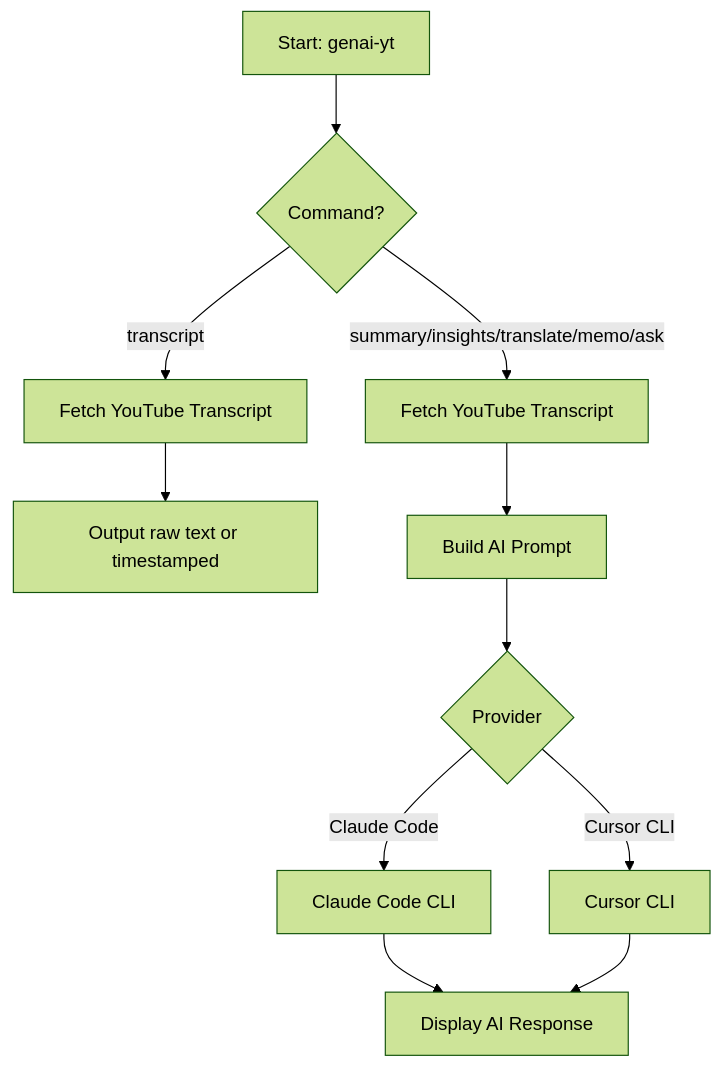
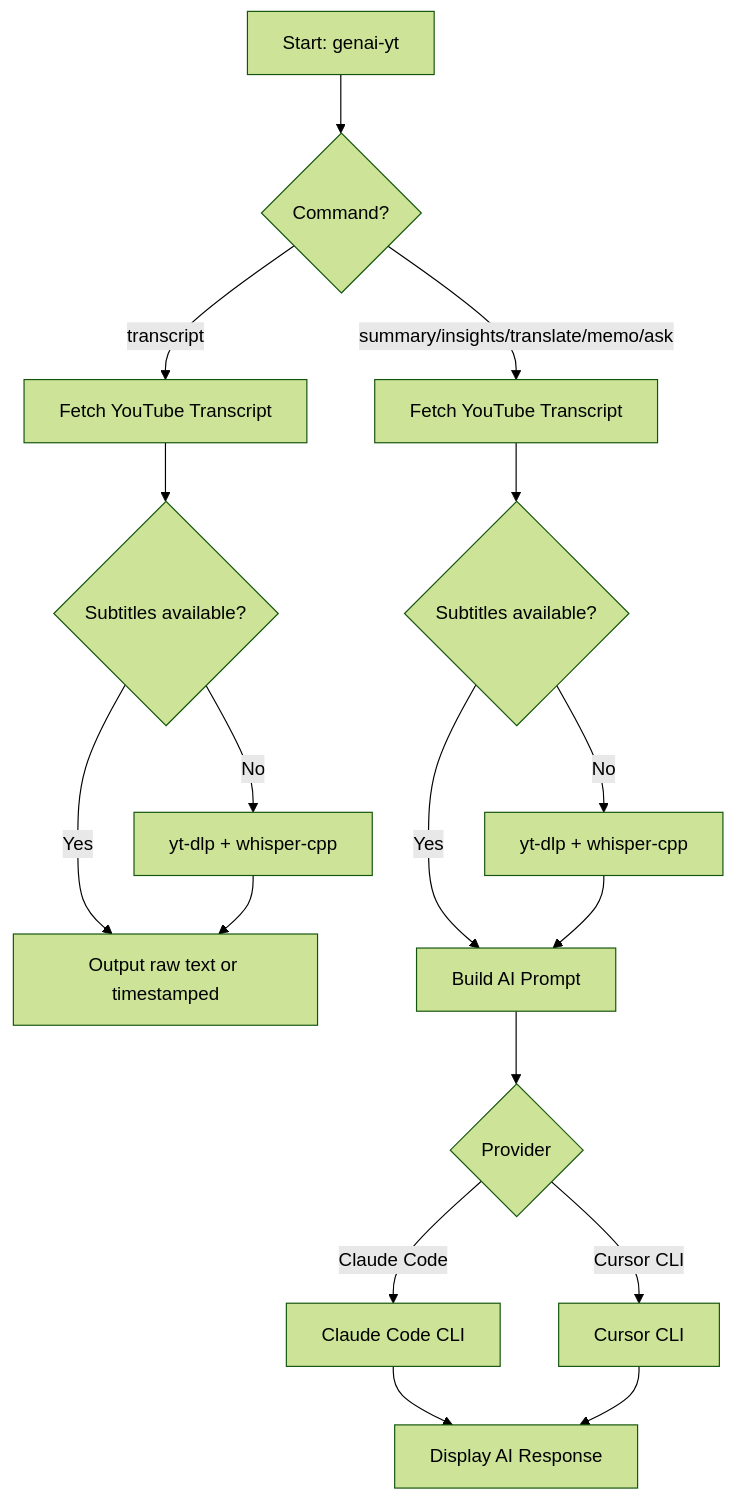
One commit to Seungwoo321/genai-yt changed the diagram in README.md. Above: the diagram before and after it, drawn with Mermaid (forest theme). The commit also changed other lines of this file, not shown here.

First line of the commit message:
docs: add speech-to-text fallback documentation

````diff
--- a/README.md
+++ b/README.md
@@ -19,13 +20,19 @@
 ```mermaid
 flowchart TD
     A[Start: genai-yt] --> B{Command?}
     B -->|transcript| C[Fetch YouTube Transcript]
     B -->|summary/insights/translate/memo/ask| D[Fetch YouTube Transcript]
-    C --> E[Output raw text or timestamped]
-    D --> F[Build AI Prompt]
-    F --> G{Provider}
-    G -->|Claude Code| H[Claude Code CLI]
-    G -->|Cursor CLI| I[Cursor CLI]
-    H --> J[Display AI Response]
-    I --> J
+    C --> E{Subtitles available?}
+    D --> F{Subtitles available?}
+    E -->|Yes| G[Output raw text or timestamped]
+    E -->|No| H[yt-dlp + whisper-cpp]
+    H --> G
+    F -->|Yes| I[Build AI Prompt]
+    F -->|No| J[yt-dlp + whisper-cpp]
+    J --> I
+    I --> K{Provider}
+    K -->|Claude Code| L[Claude Code CLI]
+    K -->|Cursor CLI| M[Cursor CLI]
+    L --> N[Display AI Response]
+    M --> N
 ```
````
